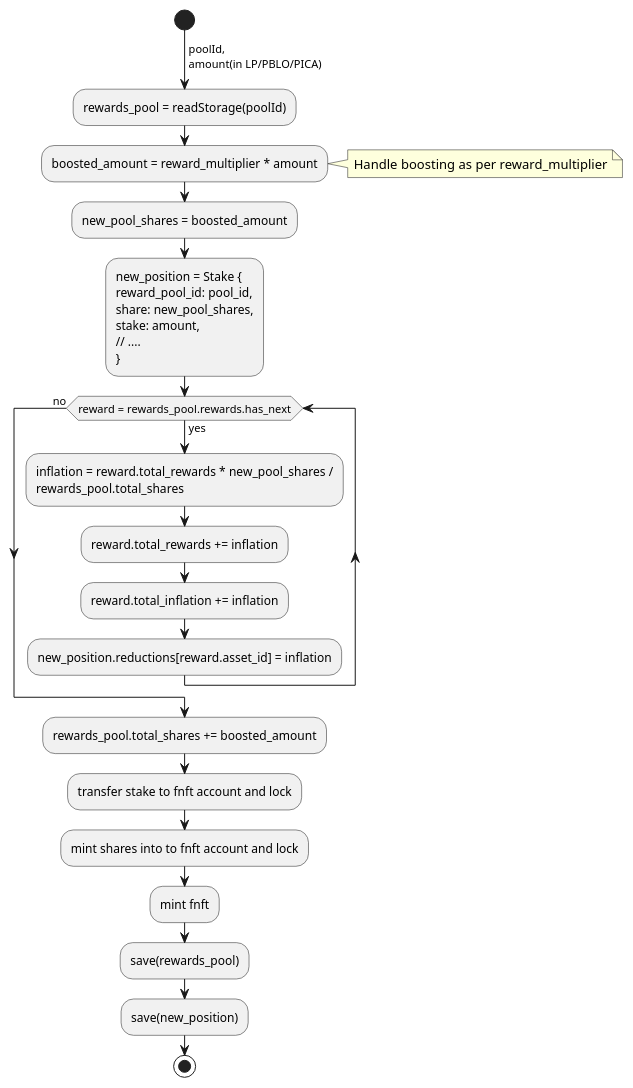
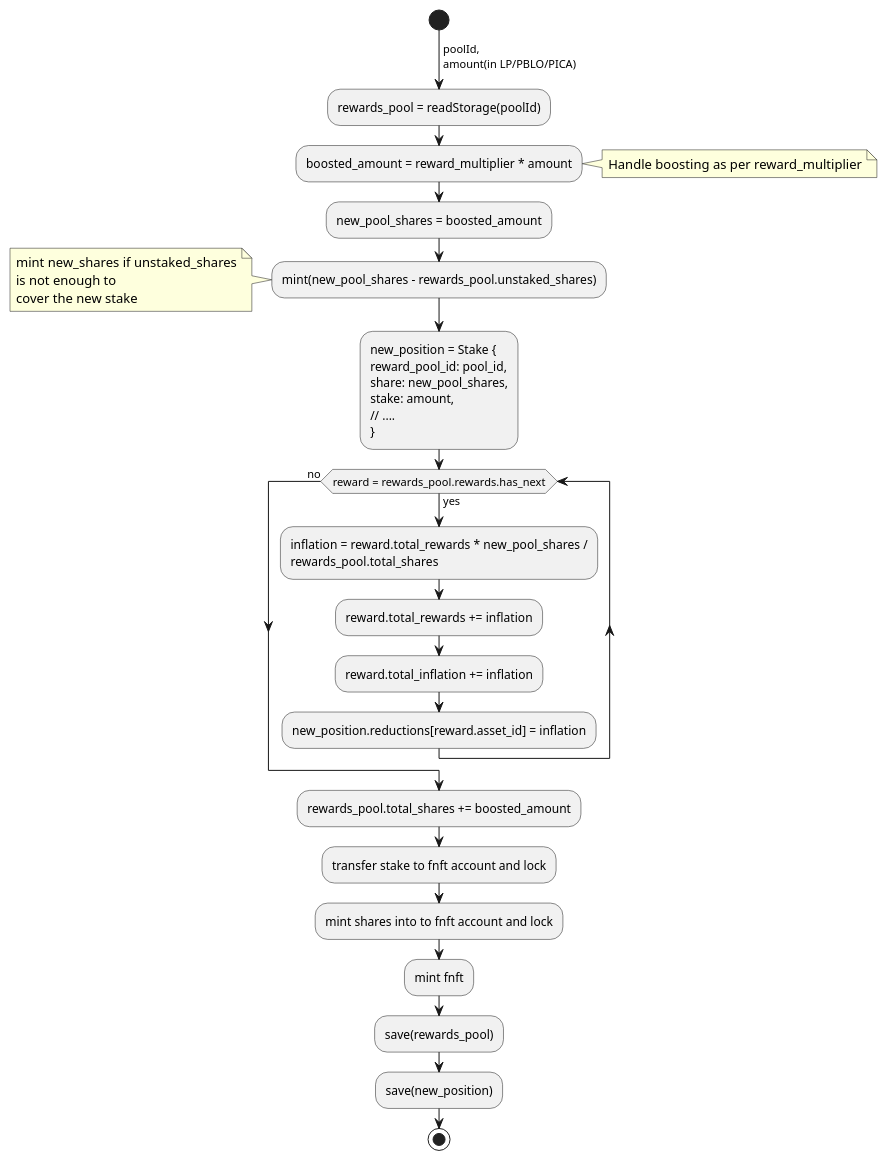
One commit to ComposableFi/composable changed the fourth of 11 diagrams in rfcs/0005-pablo-distribution-assets/0005-pablo-distribution.adoc. Above: the diagram before and after it, drawn with PlantUML. The commit also changed other lines of this file and 3 other files, not shown here.

Commit message:
[PBL-295] Redistribute rewards earned by unstaked_shares

```diff
--- a/rfcs/0005-pablo-distribution-assets/0005-pablo-distribution.adoc
+++ b/rfcs/0005-pablo-distribution-assets/0005-pablo-distribution.adoc
@@ -386,28 +408,34 @@
 [plantuml,images/staking,png]
 ----
 start
 ->poolId,\namount(in LP/PBLO/PICA);
 :rewards_pool = readStorage(poolId);
 :boosted_amount = reward_multiplier * amount;
 note right: Handle boosting as per reward_multiplier
 :new_pool_shares = boosted_amount;
+:mint(new_pool_shares - rewards_pool.unstaked_shares);
+note left
+    mint new_shares if unstaked_shares
+    is not enough to
+    cover the new stake
+endnote
 :new_position = Stake {
 reward_pool_id: pool_id,
 share: new_pool_shares,
 stake: amount,
 // ....
 };
 while (reward = rewards_pool.rewards.has_next) is (yes)
     :inflation = reward.total_rewards * new_pool_shares /\nrewards_pool.total_shares;
     :reward.total_rewards += inflation;
     :reward.total_inflation += inflation;
     :new_position.reductions[reward.asset_id] = inflation;
 endwhile (no)
 :rewards_pool.total_shares += boosted_amount;
 :transfer stake to fnft account and lock;
 :mint shares into to fnft account and lock;
 :mint fnft;
 :save(rewards_pool);
 :save(new_position);
 stop
 ----
```
